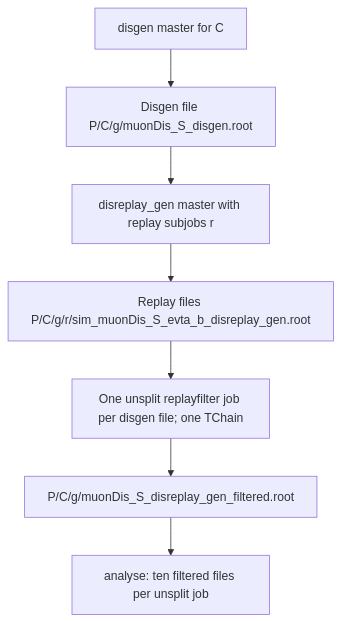
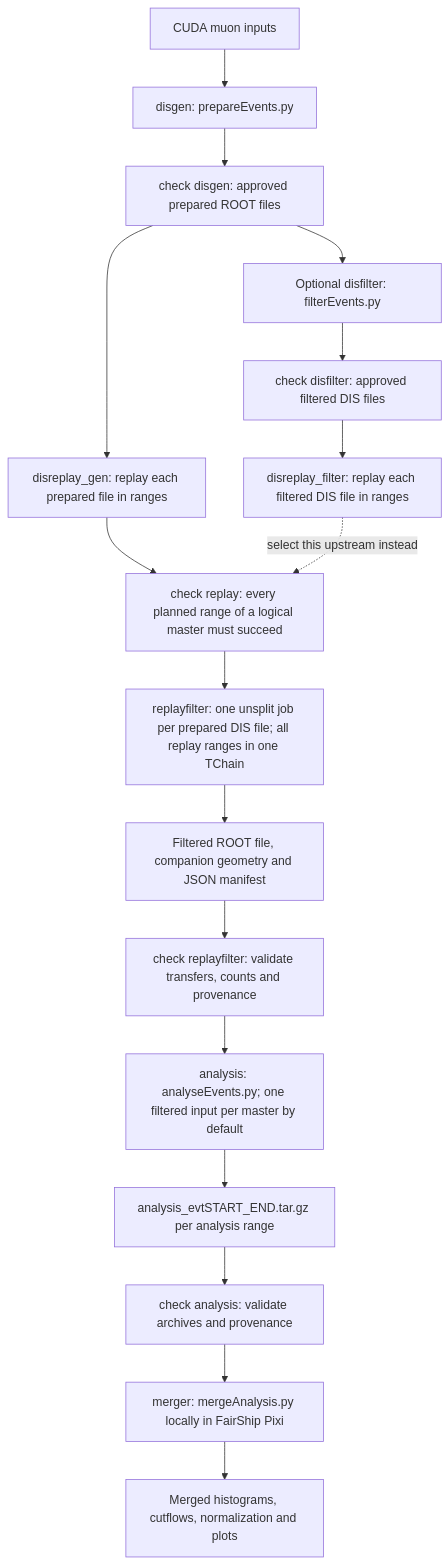
The diagram in NewMuonDIS/production/directory-structure.md (amagnan/htcondor_submission_scripts), drawn with Mermaid before and after one commit. The commit also changed other lines of this file and 2 other files, not shown here.

````diff
--- a/NewMuonDIS/production/directory-structure.md
+++ b/NewMuonDIS/production/directory-structure.md
@@ -6,9 +8,19 @@
 ```mermaid
 flowchart TD
-    GEN[disgen master for C] --> DIS[Disgen file P/C/g/muonDis_S_disgen.root]
-    DIS --> REPLAY[disreplay_gen master with replay subjobs r]
-    REPLAY --> INPUTS[Replay files P/C/g/r/sim_muonDis_S_evta_b_disreplay_gen.root]
-    INPUTS --> FILTER[One unsplit replayfilter job per disgen file; one TChain]
-    FILTER --> OUT[P/C/g/muonDis_S_disreplay_gen_filtered.root]
-    OUT --> ANALYSIS[analyse: ten filtered files per unsplit job]
+    INPUT[CUDA muon inputs] --> GEN[disgen: prepareEvents.py]
+    GEN --> GC[check disgen: approved prepared ROOT files]
+    GC --> RG[disreplay_gen: replay each prepared file in ranges]
+    GC --> DF[Optional disfilter: filterEvents.py]
+    DF --> DC[check disfilter: approved filtered DIS files]
+    DC --> RF[disreplay_filter: replay each filtered DIS file in ranges]
+    RG --> RC[check replay: every planned range of a logical master must succeed]
+    RF -.->|select this upstream instead| RC
+    RC --> CHAIN[replayfilter: one unsplit job per prepared DIS file; all replay ranges in one TChain]
+    CHAIN --> FILTERED[Filtered ROOT file, companion geometry and JSON manifest]
+    FILTERED --> FC[check replayfilter: validate transfers, counts and provenance]
+    FC --> ANALYSIS[analysis: analyseEvents.py; one filtered input per master by default]
+    ANALYSIS --> ARCHIVE[analysis_evtSTART_END.tar.gz per analysis range]
+    ARCHIVE --> AC[check analysis: validate archives and provenance]
+    AC --> MERGE[merger: mergeAnalysis.py locally in FairShip Pixi]
+    MERGE --> RESULT[Merged histograms, cutflows, normalization and plots]
 ```
````
